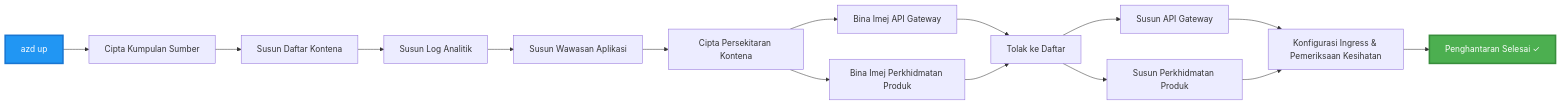
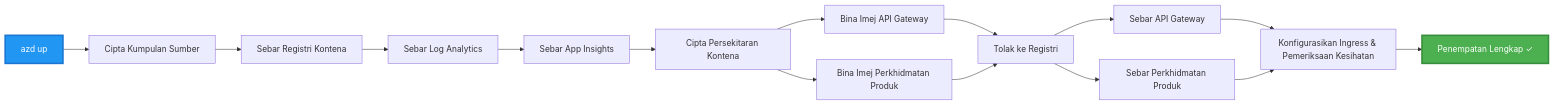
One commit to microsoft/AZD-for-beginners changed the third of 4 diagrams in translations/ms/examples/microservices/README.md. Above: the diagram before and after it, drawn with Mermaid. The commit also changed other lines of this file and 242 other files, not shown here.

````diff
--- a/translations/ms/examples/microservices/README.md
+++ b/translations/ms/examples/microservices/README.md
@@ -242,20 +233,20 @@
 ```mermaid
 graph LR
     A[azd up] --> B[Cipta Kumpulan Sumber]
-    B --> C[Susun Daftar Kontena]
-    C --> D[Susun Log Analitik]
-    D --> E[Susun Wawasan Aplikasi]
+    B --> C[Sebar Registri Kontena]
+    C --> D[Sebar Log Analytics]
+    D --> E[Sebar App Insights]
     E --> F[Cipta Persekitaran Kontena]
     F --> G[Bina Imej API Gateway]
     F --> H[Bina Imej Perkhidmatan Produk]
-    G --> I[Tolak ke Daftar]
+    G --> I[Tolak ke Registri]
     H --> I
-    I --> J[Susun API Gateway]
-    I --> K[Susun Perkhidmatan Produk]
-    J --> L[Konfigurasi Ingress & Pemeriksaan Kesihatan]
+    I --> J[Sebar API Gateway]
+    I --> K[Sebar Perkhidmatan Produk]
+    J --> L[Konfigurasikan Ingress & Pemeriksaan Kesihatan]
     K --> L
-    L --> M[Penghantaran Selesai ✓]
+    L --> M[Penempatan Lengkap ✓]
     
     style A fill:#2196F3,stroke:#1976D2,stroke-width:3px,color:#fff
     style M fill:#4CAF50,stroke:#388E3C,stroke-width:3px,color:#fff
 ```
````
